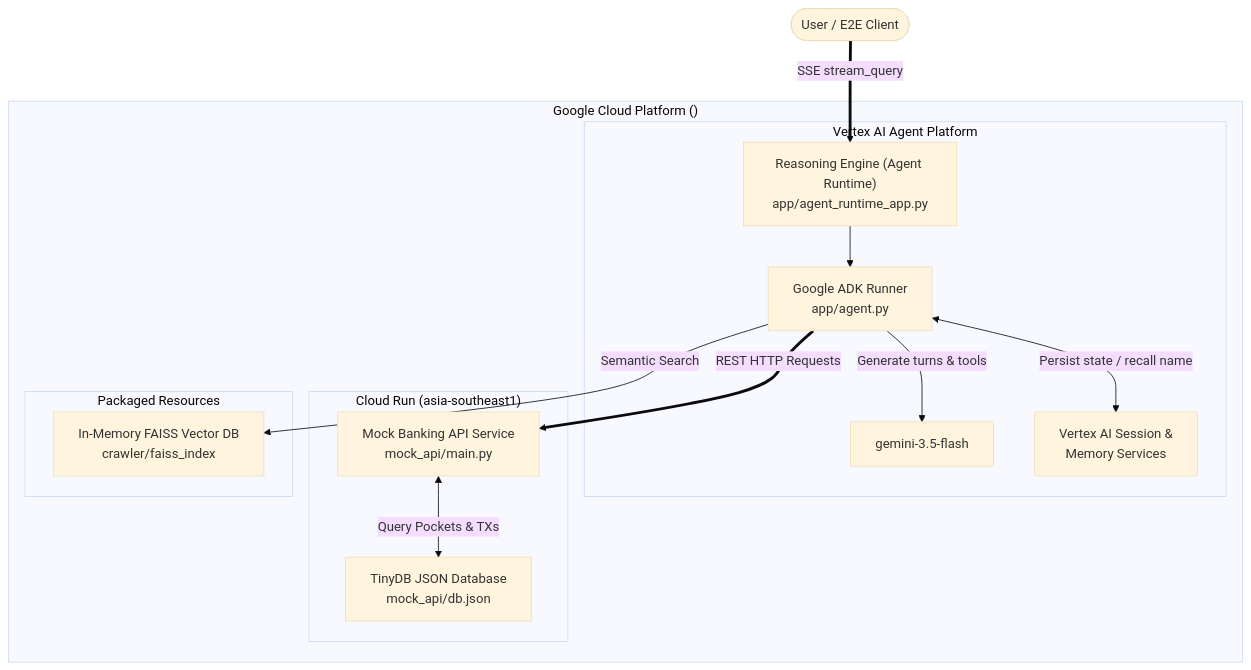
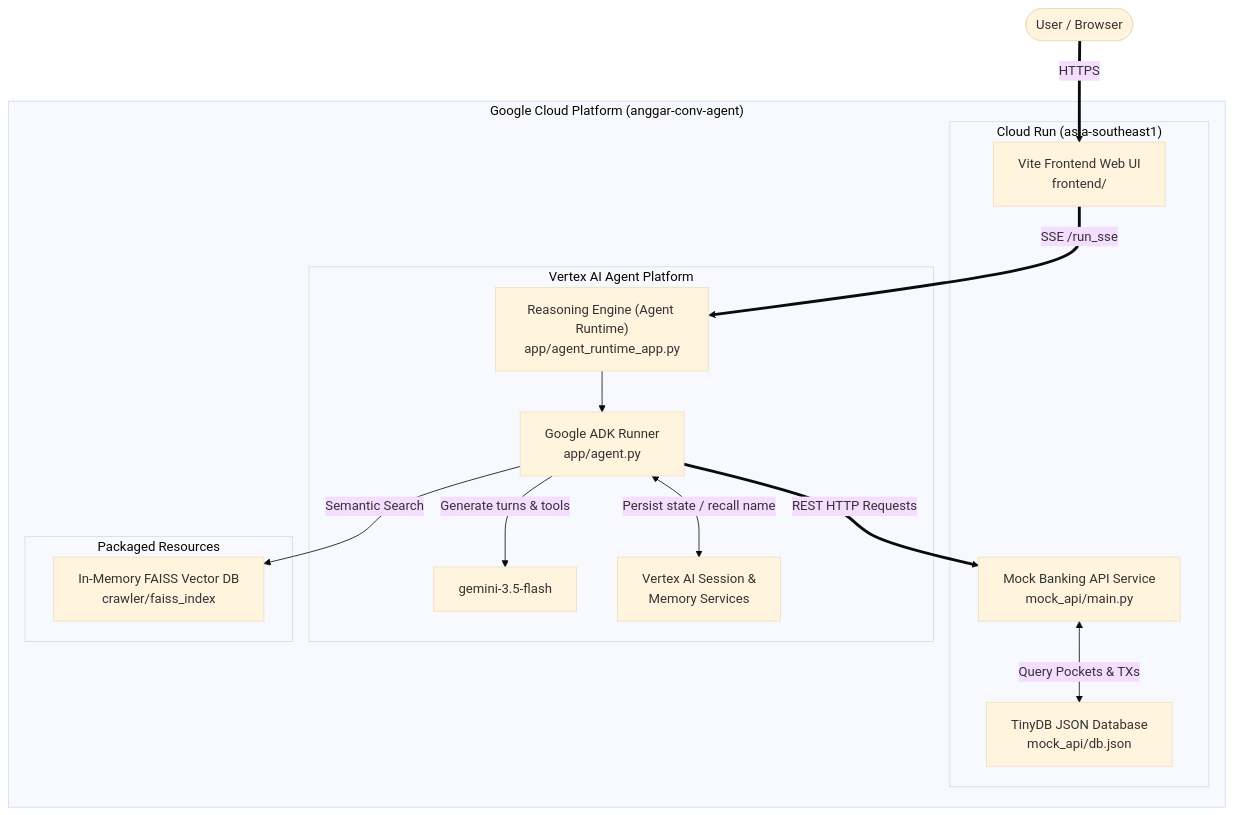
Before and after one commit to amura2406/bank-makmur-adk: the first of 2 diagrams in README.md, drawn with Mermaid (base theme). The commit also changed other lines of this file and 29 other files, not shown here.

Commit message:
feat: implement and deploy Vite chat frontend styled with Gemini Aurora theme on Cloud Run

````diff
--- a/README.md
+++ b/README.md
@@ -11,30 +13,32 @@
 ```mermaid
 graph TD
-    User([User / E2E Client])
+    User([User / Browser])
     
-    subgraph GCP ["Google Cloud Platform (<GCP_PROJECT_ID>)"]
+    subgraph GCP ["Google Cloud Platform (anggar-conv-agent)"]
+        subgraph CloudRun ["Cloud Run (asia-southeast1)"]
+            Frontend["Vite Frontend Web UI<br>frontend/"]
+            MockAPI["Mock Banking API Service<br>mock_api/main.py"]
+            DB["TinyDB JSON Database<br>mock_api/db.json"]
+        end
+
         subgraph VertexAI ["Vertex AI Agent Platform"]
             RE["Reasoning Engine (Agent Runtime)<br>app/agent_runtime_app.py"]
             ADK["Google ADK Runner<br>app/agent.py"]
             LLM["gemini-3.5-flash"]
             Memory["Vertex AI Session &<br>Memory Services"]
         end
         
-        subgraph CloudRun ["Cloud Run (asia-southeast1)"]
-            MockAPI["Mock Banking API Service<br>mock_api/main.py"]
-            DB["TinyDB JSON Database<br>mock_api/db.json"]
-        end
-        
         subgraph PackagedResources ["Packaged Resources"]
             FAISS["In-Memory FAISS Vector DB<br>crawler/faiss_index"]
         end
     end
 
-    User ==>|SSE stream_query| RE
+    User ==>|HTTPS| Frontend
+    Frontend ==>|SSE /run_sse| RE
     RE --> ADK
     ADK -->|Generate turns & tools| LLM
     ADK <-->|Persist state / recall name| Memory
     ADK -->|Semantic Search| FAISS
     ADK ==>|REST HTTP Requests| MockAPI
     MockAPI <-->|Query Pockets & TXs| DB
 ```
````
